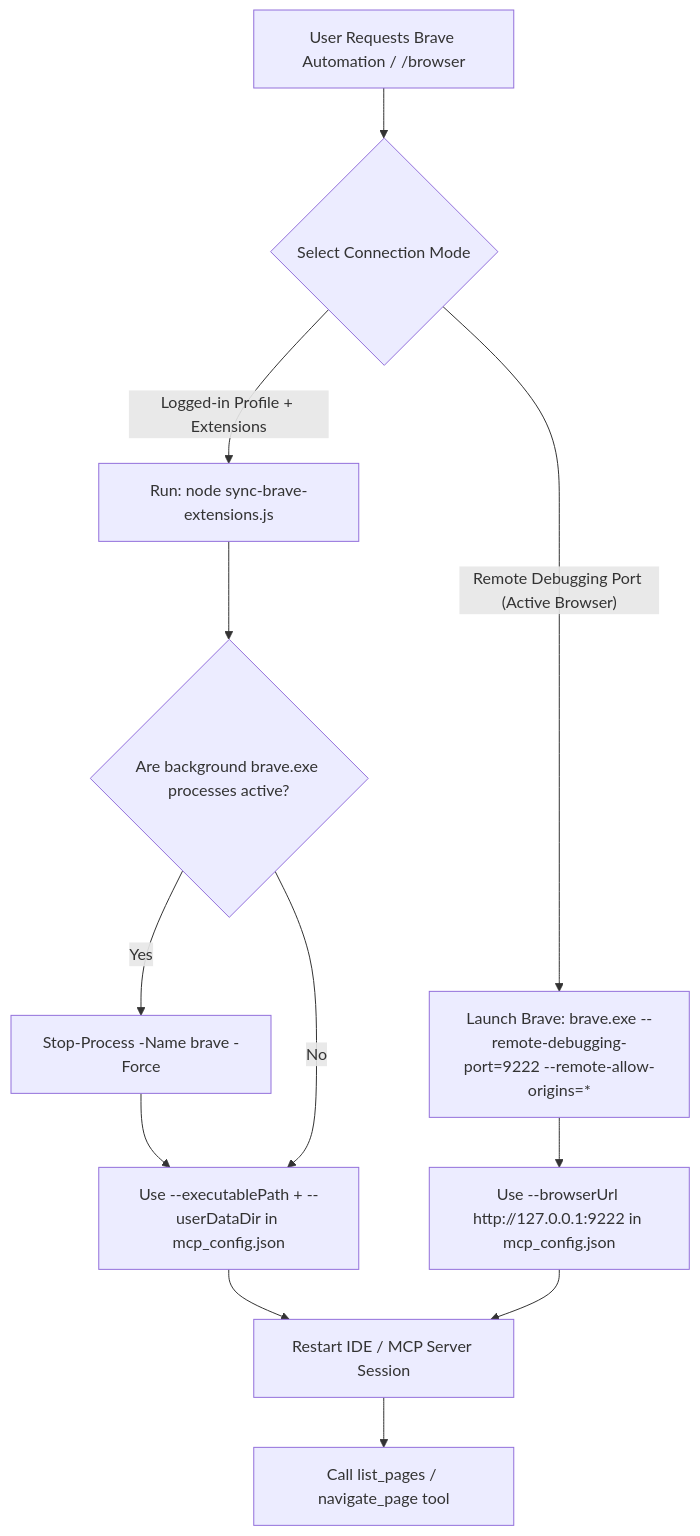
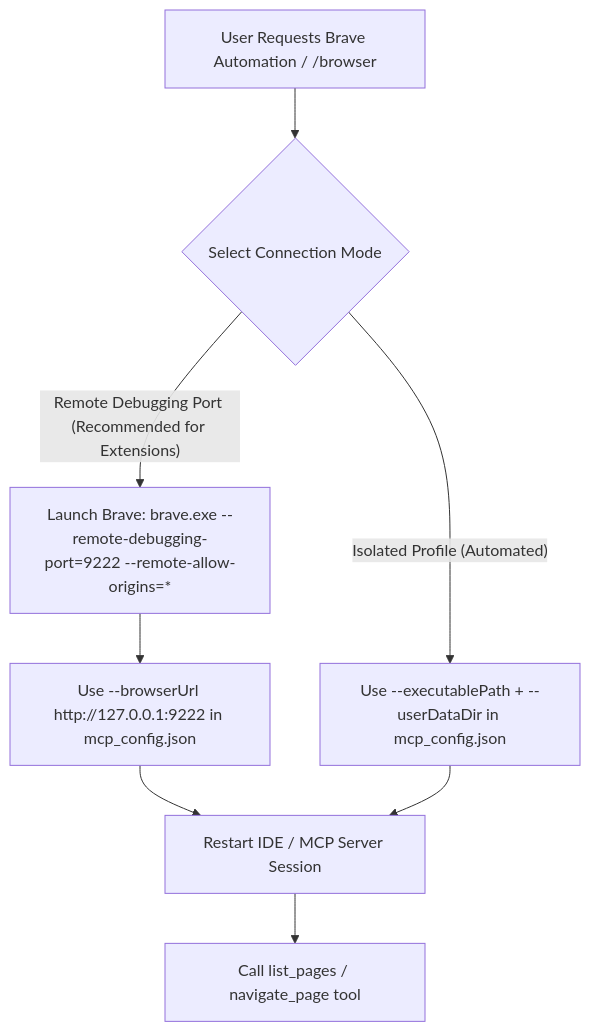
One commit to loerei/myskills changed the diagram in productivity/brave-browsing/SKILL.md. Above: the diagram before and after it, drawn with Mermaid. The commit also changed other lines of this file, not shown here.

Commit message:
docs(brave-browsing): set Remote Debugging Port as primary mode for Brave extensions

````diff
--- a/productivity/brave-browsing/SKILL.md
+++ b/productivity/brave-browsing/SKILL.md
@@ -42,17 +36,13 @@
 ```mermaid
 flowchart TD
     Start["User Requests Brave Automation / /browser"] --> Strategy{"Select Connection Mode"}
     
-    Strategy -->|"Logged-in Profile + Extensions"| SyncExt["Run: node sync-brave-extensions.js"]
-    SyncExt --> CheckBraveRunning{"Are background brave.exe processes active?"}
-    CheckBraveRunning -->|"Yes"| StopBrave["Stop-Process -Name brave -Force"]
-    StopBrave --> LaunchExecPath["Use --executablePath + --userDataDir in mcp_config.json"]
-    CheckBraveRunning -->|"No"| LaunchExecPath
-    
-    Strategy -->|"Remote Debugging Port (Active Browser)"| StartBravePort["Launch Brave: brave.exe --remote-debugging-port=9222 --remote-allow-origins=*"]
+    Strategy -->|"Remote Debugging Port (Recommended for Extensions)"| StartBravePort["Launch Brave: brave.exe --remote-debugging-port=9222 --remote-allow-origins=*"]
     StartBravePort --> ConnectPort["Use --browserUrl http://127.0.0.1:9222 in mcp_config.json"]
     
-    LaunchExecPath --> RestartMCP["Restart IDE / MCP Server Session"]
-    ConnectPort --> RestartMCP
+    Strategy -->|"Isolated Profile (Automated)"| LaunchExecPath["Use --executablePath + --userDataDir in mcp_config.json"]
+    
+    ConnectPort --> RestartMCP["Restart IDE / MCP Server Session"]
+    LaunchExecPath --> RestartMCP
     RestartMCP --> Verify["Call list_pages / navigate_page tool"]
 ```
````
